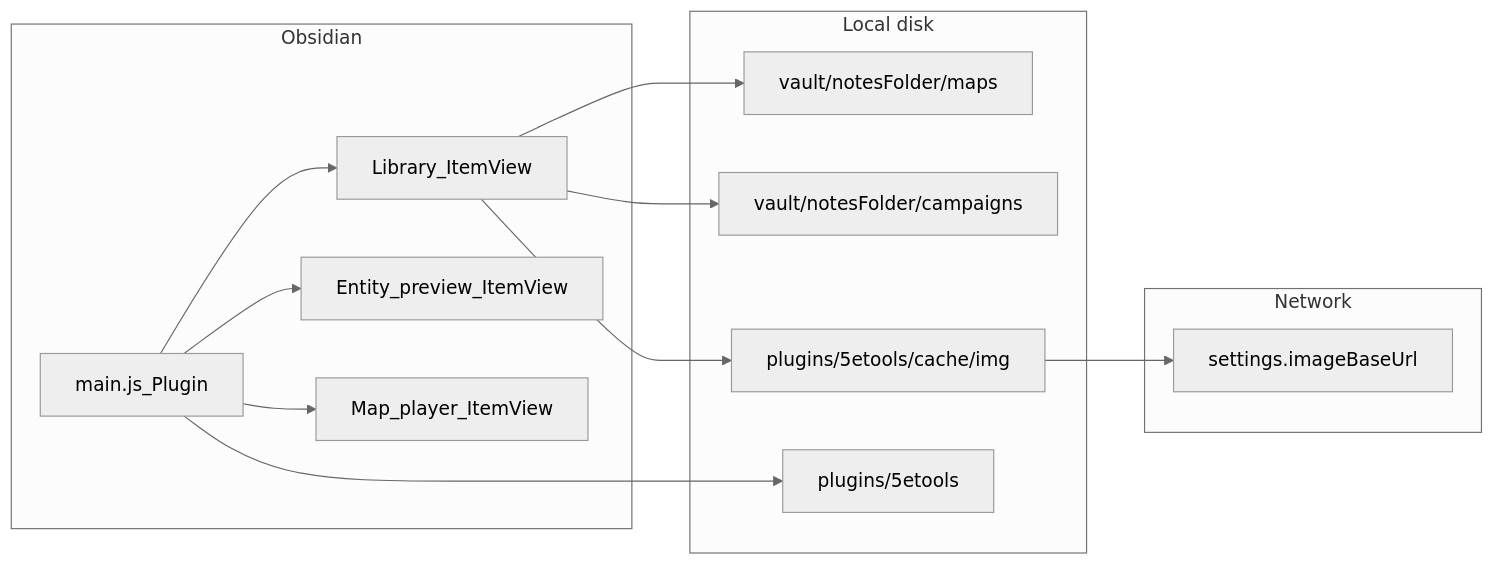
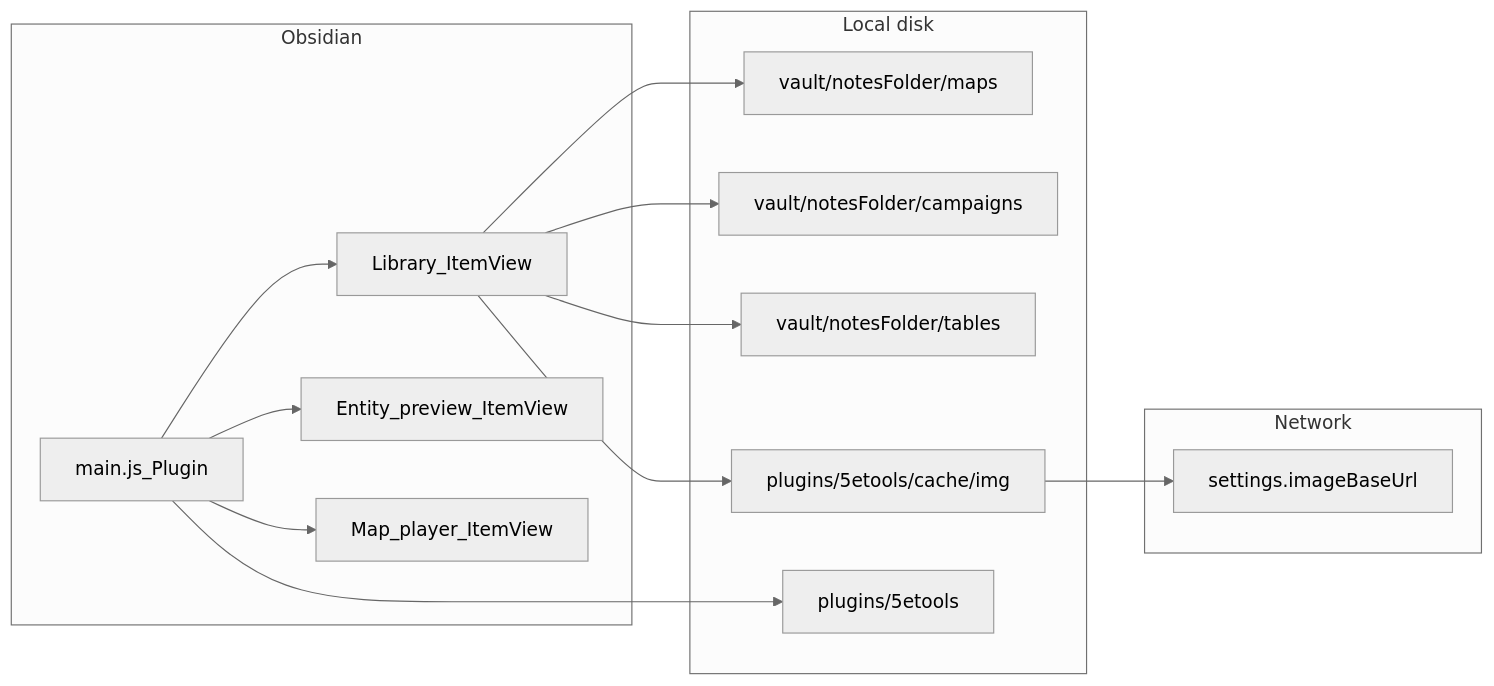
One commit to remideboer/5e-tools-obsidian changed the second of 3 diagrams in docs/architecture.md. Above: the diagram before and after it, drawn with Mermaid (neutral theme). The commit also changed other lines of this file and 14 other files, not shown here.

````diff
--- a/docs/architecture.md
+++ b/docs/architecture.md
@@ -24,26 +24,28 @@
 ```mermaid
 flowchart LR
   subgraph host [Obsidian]
     main[main.js_Plugin]
     lib[Library_ItemView]
     preview[Entity_preview_ItemView]
     player[Map_player_ItemView]
   end
   subgraph disk [Local disk]
     vaultMaps["vault/notesFolder/maps"]
     vaultCamp["vault/notesFolder/campaigns"]
+    vaultTables["vault/notesFolder/tables"]
     pluginRoot["plugins/5etools"]
     pluginCache["plugins/5etools/cache/img"]
   end
   subgraph net [Network]
     imgHost["settings.imageBaseUrl"]
   end
   main --> lib
   main --> preview
   main --> player
   lib --> vaultMaps
   lib --> vaultCamp
+  lib --> vaultTables
   main --> pluginRoot
   lib --> pluginCache
   pluginCache --> imgHost
 ```
````
